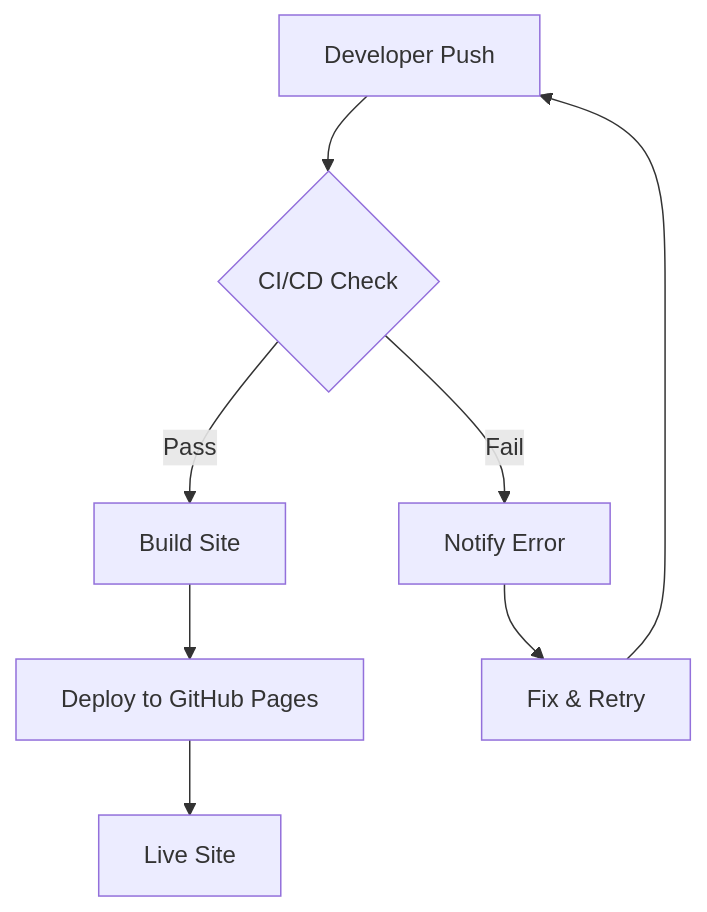
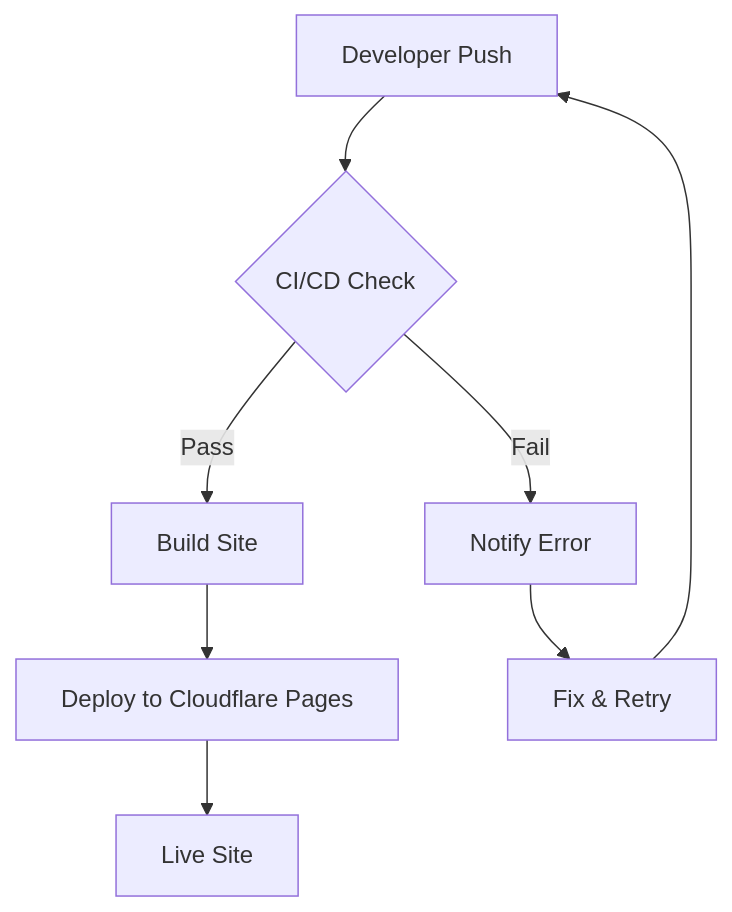
Before and after one commit to dexterbrylle/dexterbrylle.github.io: the first of 3 diagrams in src/content/blog/mermaid-diagrams.md, drawn with Mermaid. The commit also changed other lines of this file and 9 other files, not shown here.

````diff
--- a/src/content/blog/mermaid-diagrams.md
+++ b/src/content/blog/mermaid-diagrams.md
@@ -16,10 +16,10 @@
 ```mermaid
 flowchart TD
     A[Developer Push] --> B{CI/CD Check}
     B -->|Pass| C[Build Site]
     B -->|Fail| D[Notify Error]
-    C --> E[Deploy to GitHub Pages]
+    C --> E[Deploy to Cloudflare Pages]
     E --> F[Live Site]
     D --> G[Fix & Retry]
     G --> A
 ```
````
